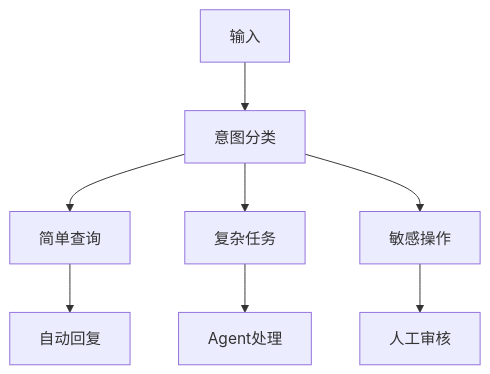
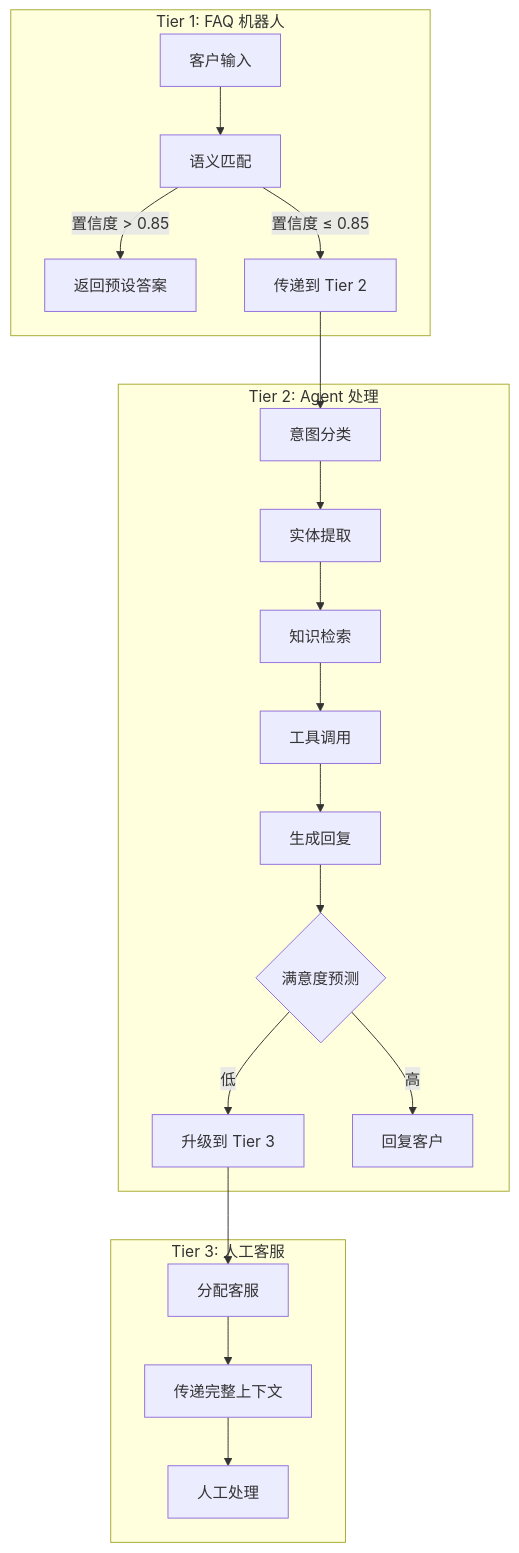
The second of 3 diagrams in docs/08-案例研究/03-客户服务Agent.md (dilboy/agent-programming-wiki), drawn with Mermaid before and after one commit. The commit also changed other lines of this file and 9 other files, not shown here.

````diff
--- a/docs/08-案例研究/03-客户服务Agent.md
+++ b/docs/08-案例研究/03-客户服务Agent.md
@@ -34,10 +44,25 @@
 ```mermaid
 graph TD
-    A[输入] --> B[意图分类]
-    B --> C[简单查询]
-    B --> D[复杂任务]
-    B --> E[敏感操作]
-    C --> F[自动回复]
-    D --> G[Agent处理]
-    E --> H[人工审核]
+    subgraph "Tier 1: FAQ 机器人"
+        A[客户输入] --> B[语义匹配]
+        B -->|置信度 > 0.85| C[返回预设答案]
+        B -->|置信度 ≤ 0.85| D[传递到 Tier 2]
+    end
+
+    subgraph "Tier 2: Agent 处理"
+        D --> E[意图分类]
+        E --> F[实体提取]
+        F --> G[知识检索]
+        G --> H[工具调用]
+        H --> I[生成回复]
+        I --> J{满意度预测}
+        J -->|低| K[升级到 Tier 3]
+        J -->|高| L[回复客户]
+    end
+
+    subgraph "Tier 3: 人工客服"
+        K --> M[分配客服]
+        M --> N[传递完整上下文]
+        N --> O[人工处理]
+    end
 ```
````
